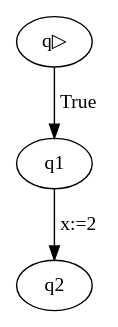
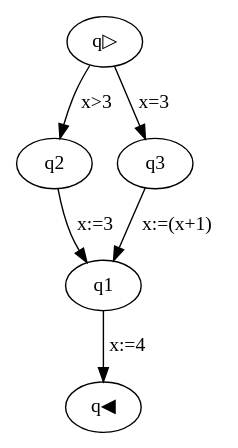
The diagram in graph.dot (JepMik/GCL-Build-Analyse-Tool), drawn with Graphviz before and after one commit. The commit also changed 11 other files, not shown here.

```diff
--- a/graph.dot
+++ b/graph.dot
@@ -1,4 +1,7 @@
 strict digraph {
-q1 -> q2[label="x:=2"];
-q▷ -> q1[label="True"];
+q▷ -> q2[label="x>3"];
+q2 -> q1[label="x:=3"];
+q▷ -> q3[label="x=3"];
+q3 -> q1[label="x:=(x+1)"];
+q1 -> q◀[label="x:=4"];
 }
```
